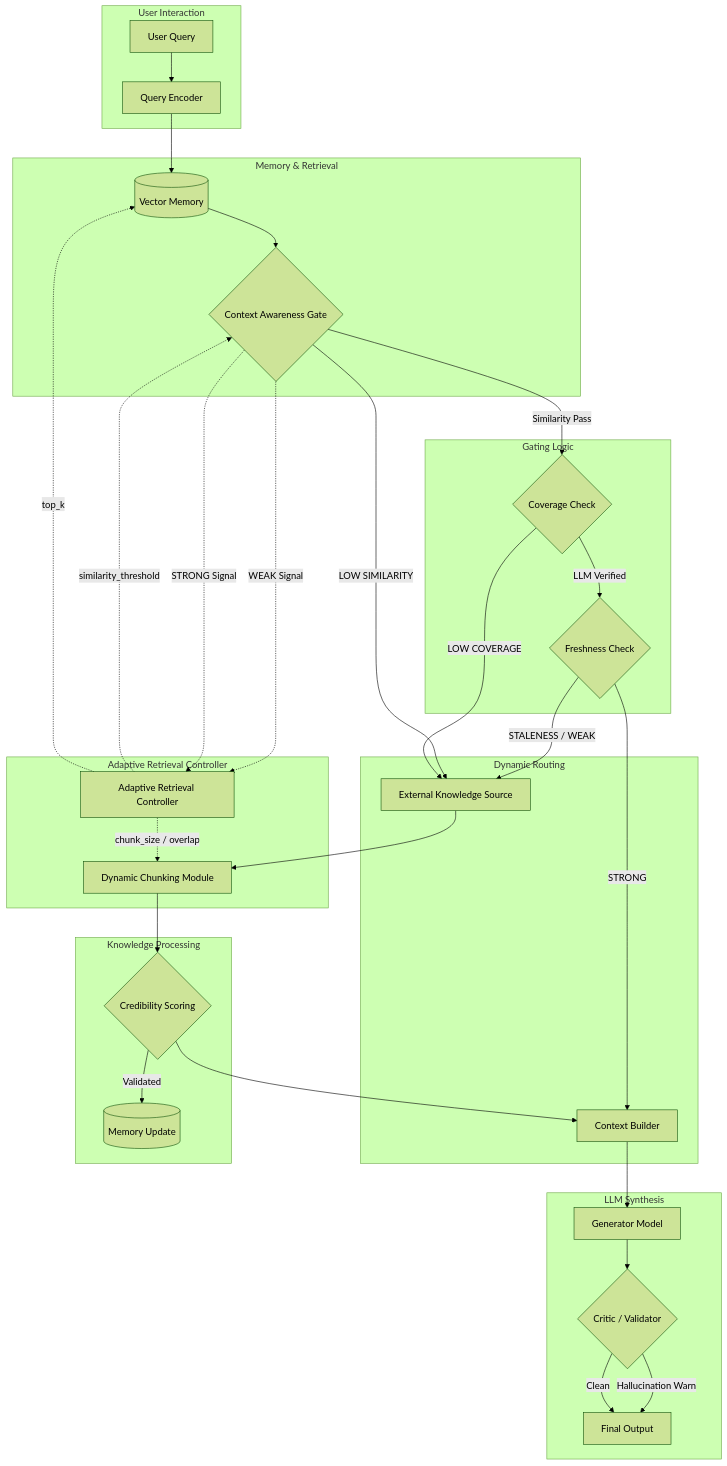
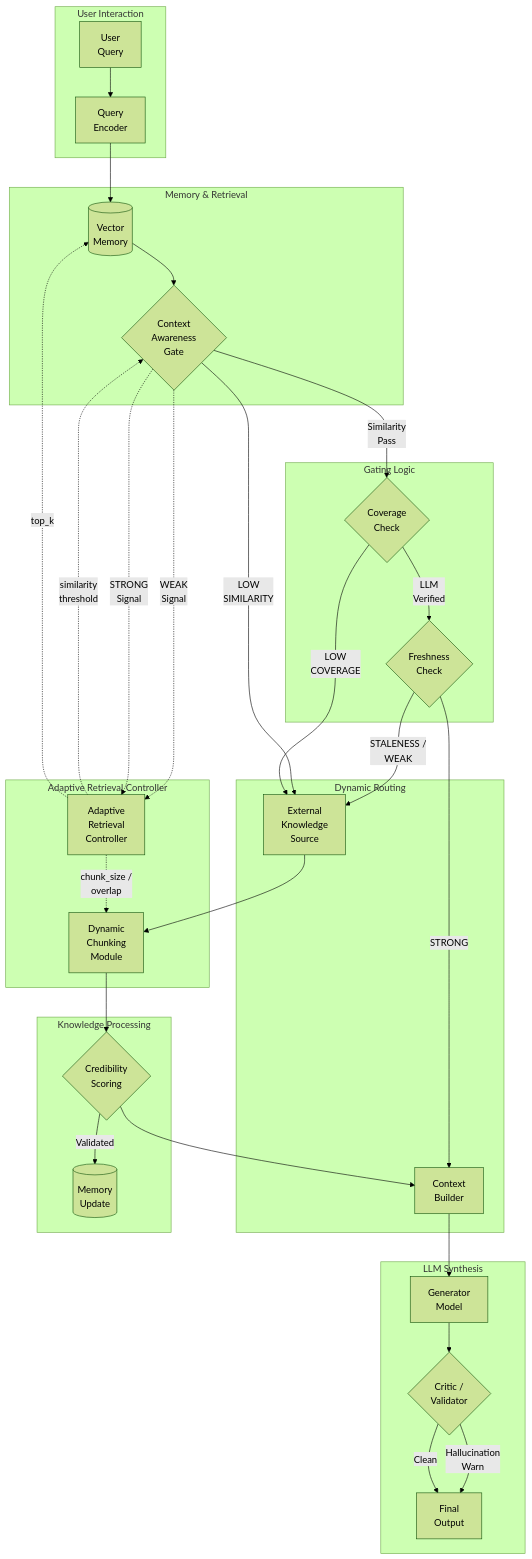
Before and after one commit to GourabDutta-22/ACARA: the diagram in ARCHITECTURE.md, drawn with Mermaid (forest theme). The commit also changed other lines of this file, not shown here.

Commit message:
style: fix mermaid node label truncation

````diff
--- a/ARCHITECTURE.md
+++ b/ARCHITECTURE.md
@@ -7,49 +3,49 @@
 ```mermaid
 graph TD
-    subgraph User Interaction
-        User[User Query] --> QE[Query Encoder]
+    subgraph UI ["User Interaction"]
+        User["User<br/>Query"] --> QE["Query<br/>Encoder"]
     end
 
-    subgraph Memory & Retrieval
-        QE --> VM[(Vector Memory)]
-        VM --> CAG{Context Awareness Gate}
+    subgraph MR ["Memory & Retrieval"]
+        QE --> VM[("Vector<br/>Memory")]
+        VM --> CAG{"Context<br/>Awareness<br/>Gate"}
     end
 
-    subgraph Adaptive Retrieval Controller
-        ARC[Adaptive Retrieval Controller]
-        ARC -.->|similarity_threshold| CAG
-        ARC -.->|top_k| VM
-        ARC -.->|chunk_size / overlap| DCM
+    subgraph ARC_Sub ["Adaptive Retrieval Controller"]
+        ARC["Adaptive<br/>Retrieval<br/>Controller"]
+        ARC -.->|"similarity<br/>threshold"| CAG
+        ARC -.->|"top_k"| VM
+        ARC -.->|"chunk_size /<br/>overlap"| DCM
     end
 
-    subgraph Gating Logic
-        CAG -->|Similarity Pass| Cov{Coverage Check}
-        Cov -->|LLM Verified| Fresh{Freshness Check}
+    subgraph GL ["Gating Logic"]
+        CAG -->|"Similarity<br/>Pass"| Cov{"Coverage<br/>Check"}
+        Cov -->|"LLM<br/>Verified"| Fresh{"Freshness<br/>Check"}
     end
 
-    subgraph Dynamic Routing
-        Fresh -->|STALENESS / WEAK| EKS[External Knowledge Source]
-        CAG -->|LOW SIMILARITY| EKS
-        Cov -->|LOW COVERAGE| EKS
+    subgraph DR ["Dynamic Routing"]
+        Fresh -->|"STALENESS /<br/>WEAK"| EKS["External<br/>Knowledge<br/>Source"]
+        CAG -->|"LOW<br/>SIMILARITY"| EKS
+        Cov -->|"LOW<br/>COVERAGE"| EKS
         
-        Fresh -->|STRONG| CB[Context Builder]
+        Fresh -->|"STRONG"| CB["Context<br/>Builder"]
     end
 
-    subgraph Knowledge Processing
-        EKS --> DCM[Dynamic Chunking Module]
-        DCM --> Cred{Credibility Scoring}
-        Cred -->|Validated| MU[(Memory Update)]
+    subgraph KP ["Knowledge Processing"]
+        EKS --> DCM["Dynamic<br/>Chunking<br/>Module"]
+        DCM --> Cred{"Credibility<br/>Scoring"}
+        Cred -->|"Validated"| MU[("Memory<br/>Update")]
         Cred --> CB
     end
 
-    subgraph LLM Synthesis
-        CB --> GEN[Generator Model]
-        GEN --> VAL{Critic / Validator}
-        VAL -->|Hallucination Warn| FO[Final Output]
-        VAL -->|Clean| FO
+    subgraph LS ["LLM Synthesis"]
+        CB --> GEN["Generator<br/>Model"]
+        GEN --> VAL{"Critic /<br/>Validator"}
+        VAL -->|"Hallucination<br/>Warn"| FO["Final<br/>Output"]
+        VAL -->|"Clean"| FO
     end
 
     %% Feedback loop
-    CAG -.->|WEAK Signal| ARC
-    CAG -.->|STRONG Signal| ARC
+    CAG -.->|"WEAK<br/>Signal"| ARC
+    CAG -.->|"STRONG<br/>Signal"| ARC
 ```
````
